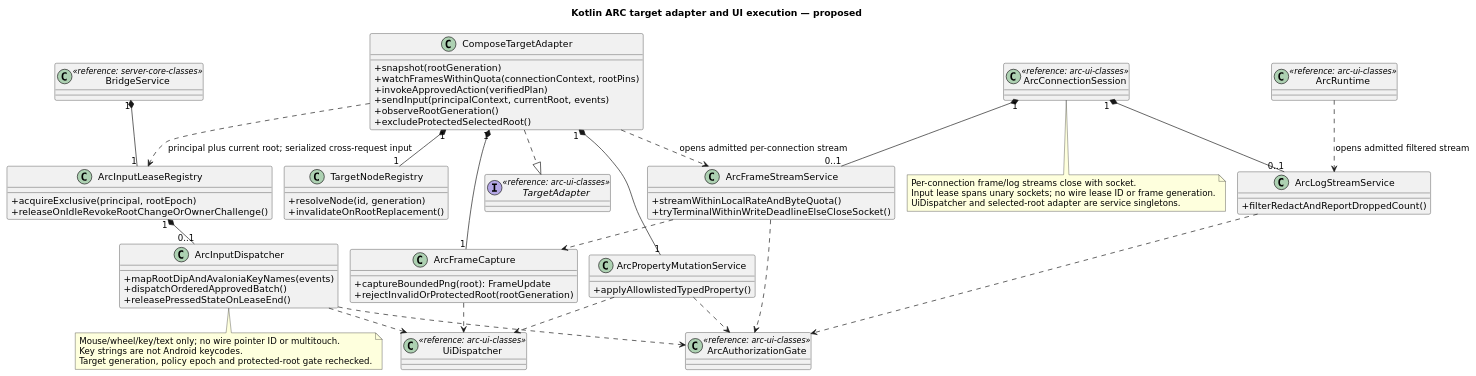
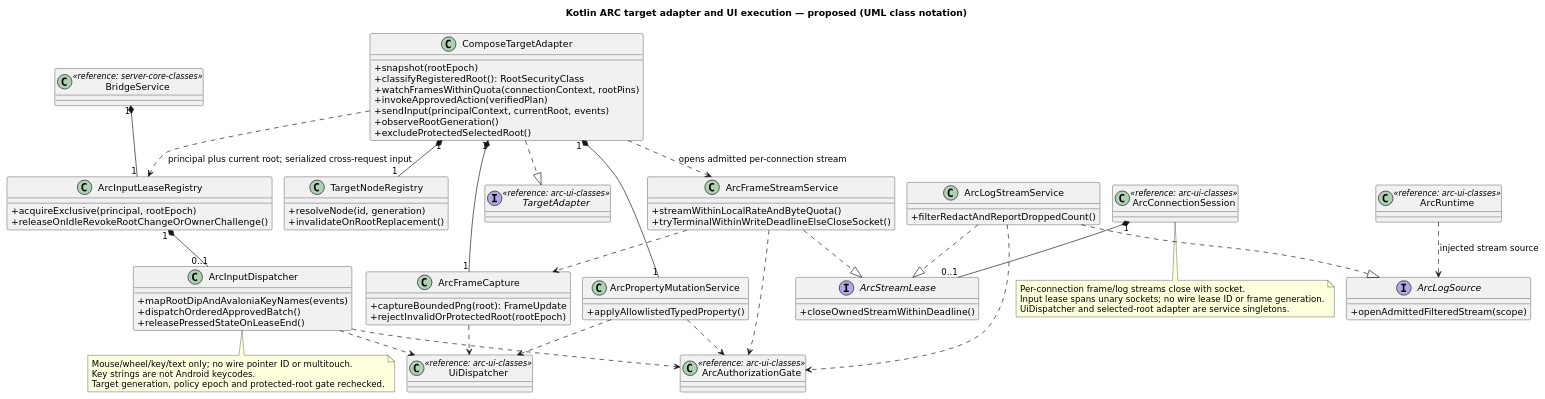
The fifth of 6 diagrams in remediation/design-c4/architecture/code-diagrams.md (sharpninja/android-mcp), drawn with PlantUML before and after one commit. The commit also changed other lines of this file and 278 other files, not shown here.

```diff
--- a/remediation/design-c4/architecture/code-diagrams.md
+++ b/remediation/design-c4/architecture/code-diagrams.md
@@ -524,10 +620,11 @@
 skinparam classAttributeIconSize 0
 skinparam shadowing false
 skinparam backgroundColor white
-title Kotlin ARC target adapter and UI execution — proposed
+title Kotlin ARC target adapter and UI execution — proposed (UML class notation)
 interface TargetAdapter <<reference: arc-ui-classes>>
 class ComposeTargetAdapter {
-  +snapshot(rootGeneration)
+  +snapshot(rootEpoch)
+  +classifyRegisteredRoot(): RootSecurityClass
   +watchFramesWithinQuota(connectionContext, rootPins)
   +invokeApprovedAction(verifiedPlan)
   +sendInput(principalContext, currentRoot, events)
@@ -540,7 +637,7 @@
 }
 class ArcFrameCapture {
   +captureBoundedPng(root): FrameUpdate
-  +rejectInvalidOrProtectedRoot(rootGeneration)
+  +rejectInvalidOrProtectedRoot(rootEpoch)
 }
 class ArcFrameStreamService {
   +streamWithinLocalRateAndByteQuota()
@@ -567,8 +664,12 @@
 class BridgeService <<reference: server-core-classes>>
 BridgeService "1" *-- "1" ArcInputLeaseRegistry
 ArcInputLeaseRegistry "1" *-- "0..1" ArcInputDispatcher
-ArcConnectionSession "1" *-- "0..1" ArcFrameStreamService
-ArcConnectionSession "1" *-- "0..1" ArcLogStreamService
+interface ArcStreamLease {
+  +closeOwnedStreamWithinDeadline()
+}
+ArcFrameStreamService ..|> ArcStreamLease
+ArcLogStreamService ..|> ArcStreamLease
+ArcConnectionSession "1" *-- "0..1" ArcStreamLease
 note bottom of ArcConnectionSession
 Per-connection frame/log streams close with socket.
 Input lease spans unary sockets; no wire lease ID or frame generation.
@@ -585,7 +686,11 @@
 ArcPropertyMutationService ..> UiDispatcher
 ComposeTargetAdapter ..> ArcFrameStreamService : opens admitted per-connection stream
 class ArcRuntime <<reference: arc-ui-classes>>
-ArcRuntime ..> ArcLogStreamService : opens admitted filtered stream
+interface ArcLogSource {
+  +openAdmittedFilteredStream(scope)
+}
+ArcLogStreamService ..|> ArcLogSource
+ArcRuntime ..> ArcLogSource : injected stream source
 ArcPropertyMutationService ..> ArcAuthorizationGate
 ArcInputDispatcher ..> ArcAuthorizationGate
 ArcFrameStreamService ..> ArcAuthorizationGate
```
